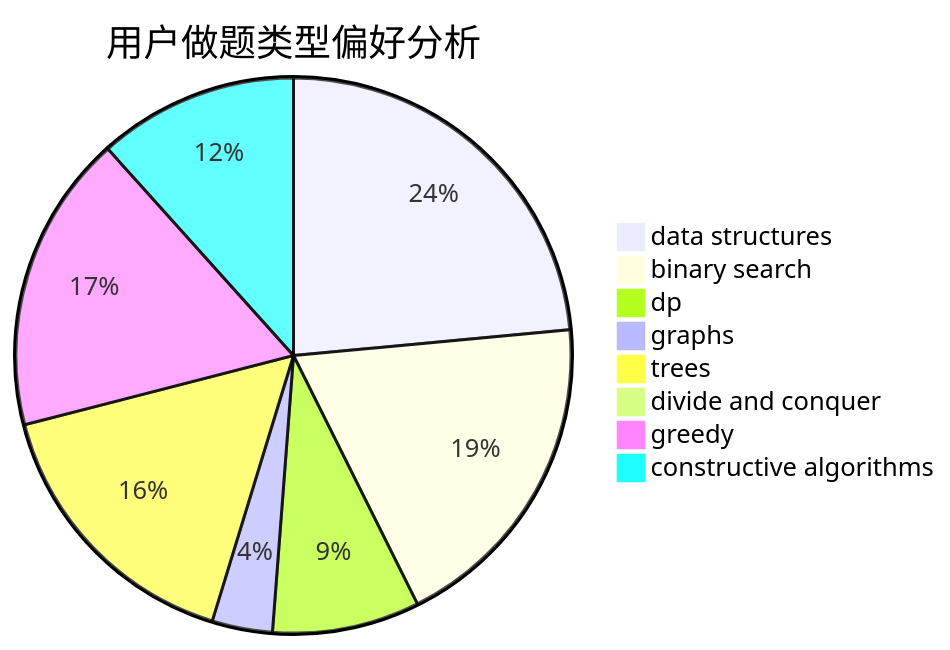
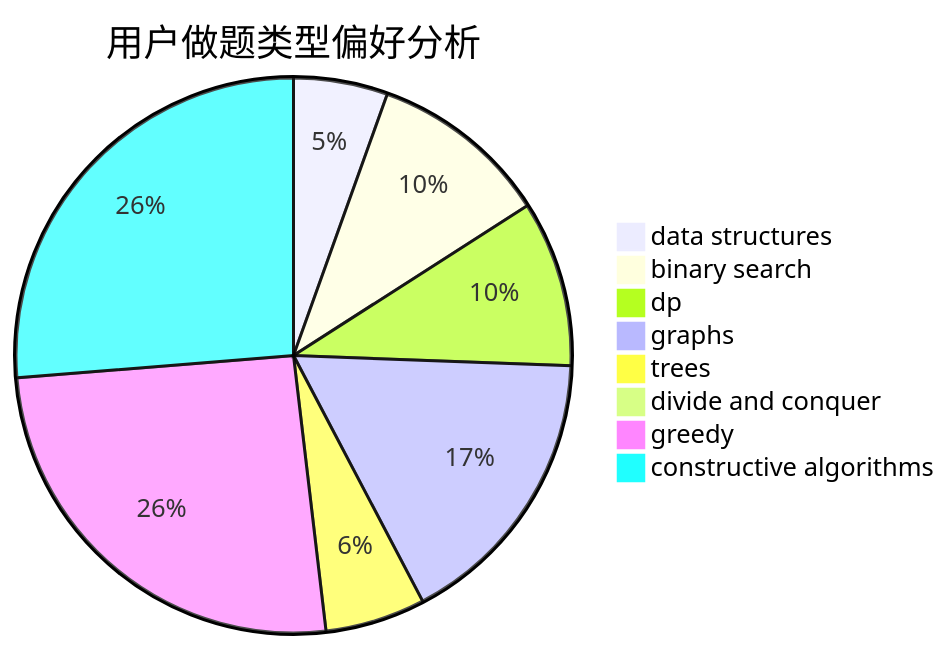
Before and after one commit to sherpahu/cfrs.github.io: the second of 3 diagrams in docs/user/u188.md, drawn with Mermaid. The commit also changed other lines of this file and 2770 other files, not shown here.

````diff
--- a/docs/user/u188.md
+++ b/docs/user/u188.md
@@ -23,11 +23,11 @@
 ```mermaid
 pie title 用户做题类型偏好分析
-    "data structures" :  107
-    "binary search" :  87
-    "dp" :  39
-    "graphs" :  16
-    "trees" :  74
+    "data structures" :  63
+    "binary search" :  120
+    "dp" :  111
+    "graphs" :  192
+    "trees" :  67
     "divide and conquer" :  0
-    "greedy" :  79
-    "constructive algorithms" :  53
+    "greedy" :  294
+    "constructive algorithms" :  302
 ```
````
